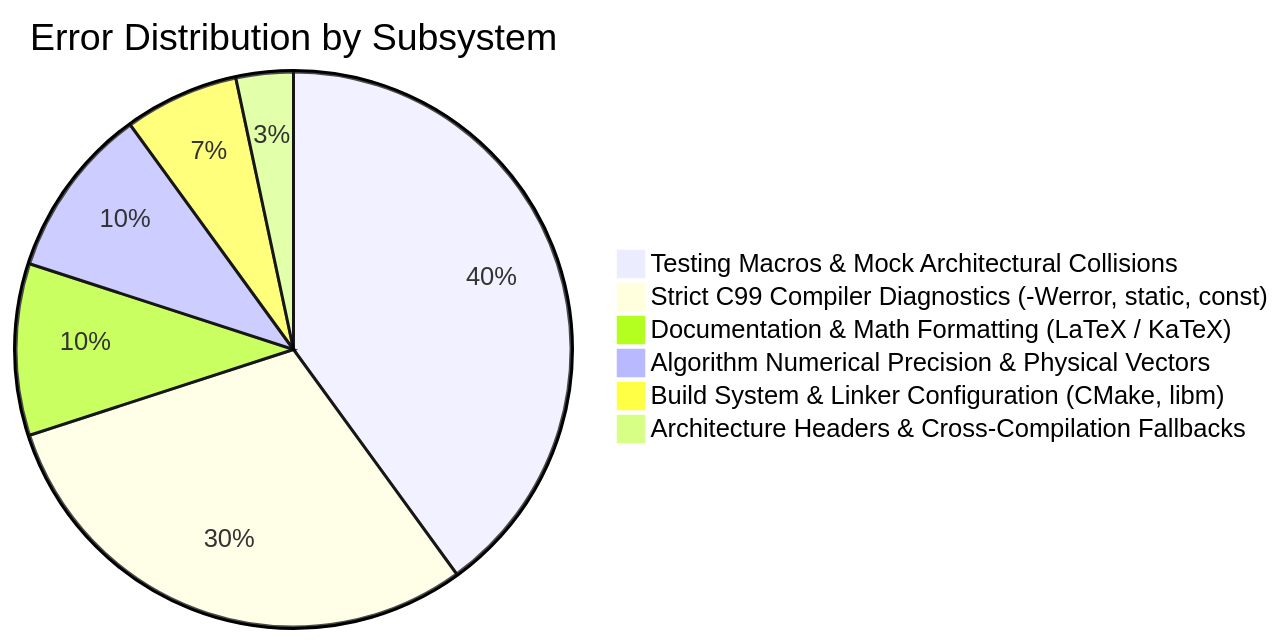
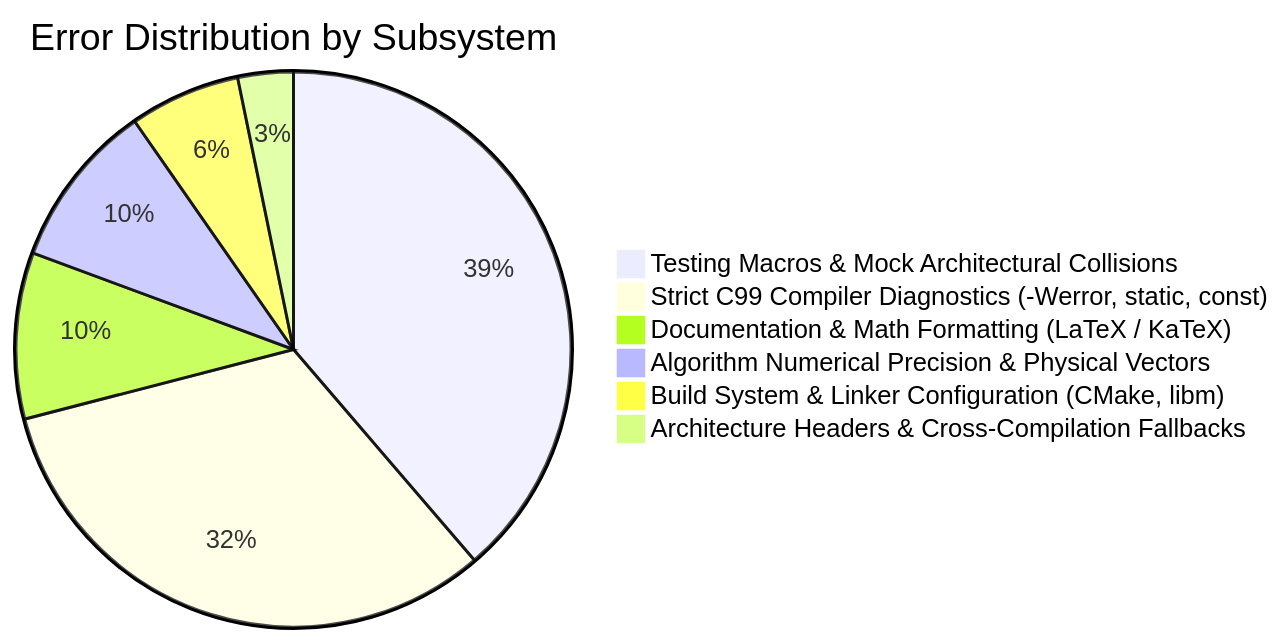
One commit to Thejus26/rain-predict changed the diagram in context/errors/README.md. Above: the diagram before and after it, drawn with Mermaid. The commit also changed other lines of this file and 3 other files, not shown here.

````diff
--- a/context/errors/README.md
+++ b/context/errors/README.md
@@ -46,9 +47,9 @@
 ```mermaid
 pie title Error Distribution by Subsystem
     "Testing Macros & Mock Architectural Collisions" : 12
-    "Strict C99 Compiler Diagnostics (-Werror, static, const)" : 9
+    "Strict C99 Compiler Diagnostics (-Werror, static, const)" : 10
     "Documentation & Math Formatting (LaTeX / KaTeX)" : 3
     "Algorithm Numerical Precision & Physical Vectors" : 3
     "Build System & Linker Configuration (CMake, libm)" : 2
     "Architecture Headers & Cross-Compilation Fallbacks" : 1
 ```
````
